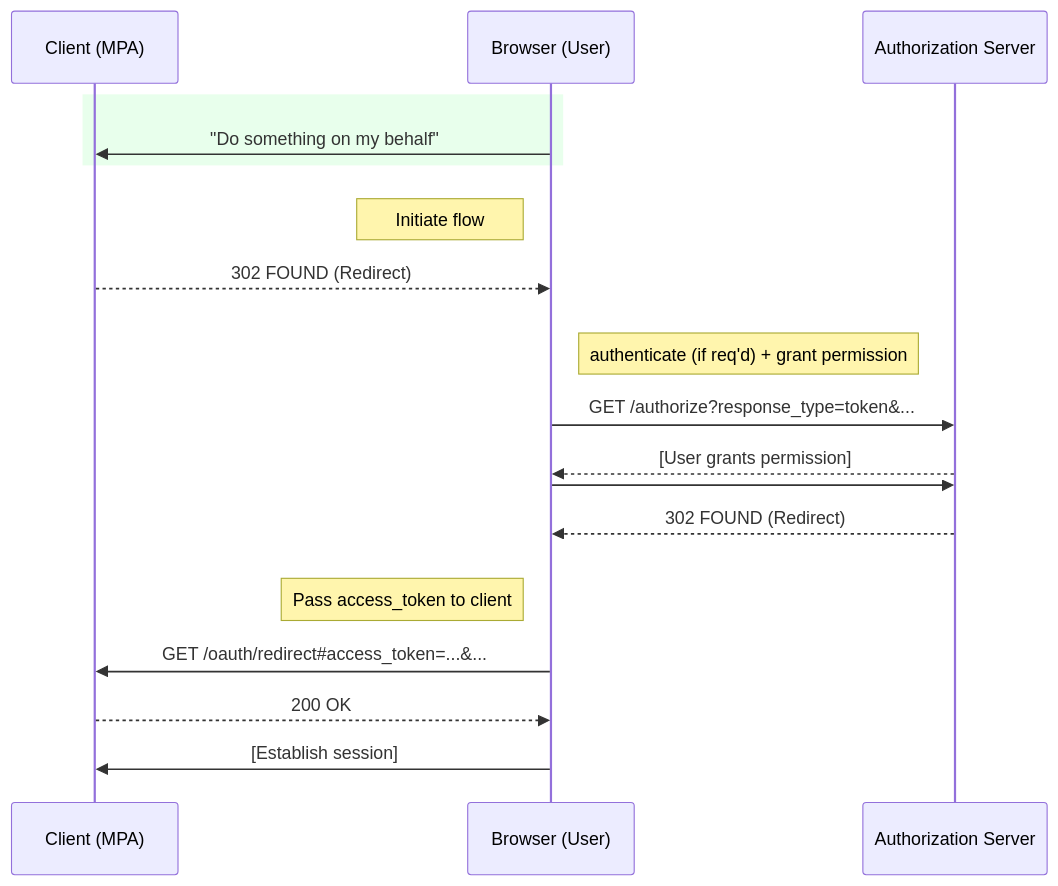
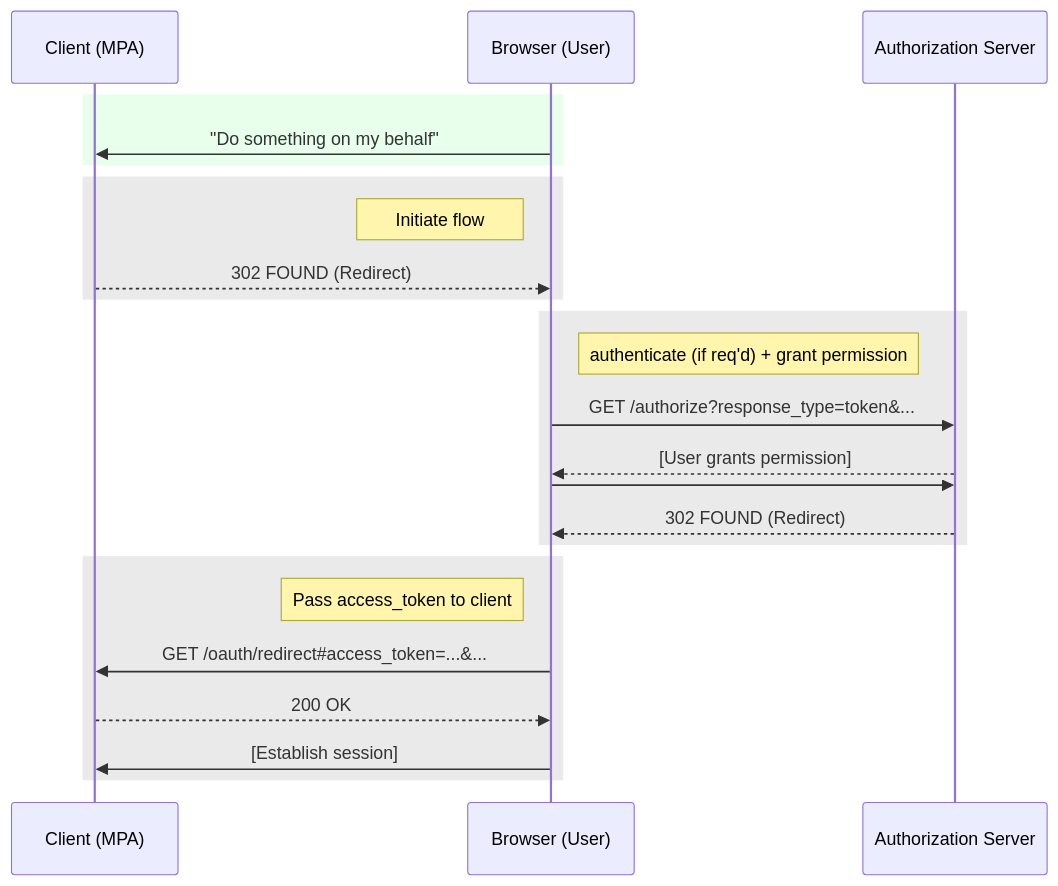
The diagram in implicit.md (andrewrosss/oauth2-flows), drawn with Mermaid before and after one commit.

Commit message:
Update implicit flow diagram

````diff
--- a/implicit.md
+++ b/implicit.md
@@ -3,65 +3,65 @@
 ```mermaid
 %% Oauth2 goal: get client an access_token (+ maybe refresh_token + maybe id_token)
 
 sequenceDiagram
   participant client as Client (MPA)
   participant browser as Browser (User) ## User-Agent + Resource Owner + Web-Hosted Client Resource
   participant authserver as Authorization Server
 
   rect rgb(140, 255, 160, 0.2)
     %% the user takes some action that requires the
     %% client to act on their behalf, and thus needing
     %% to get an access_token.
     browser ->> client: "Do something on my behalf"
   end
 
-  rect rgba(255, 255, 255, 0.2)
+  rect rgba(150, 150, 150, 0.2)
     note left of browser: Initiate flow
     %% client constructs the authorization server URI
     %% and redirects the user-agent to that URI
     %% /authorize
     %%   ?response_type=token
     %%   &client_id=...         identifies the client app to the auth server
     %%   &redirect_uri=...      the registered location to redirect the client app to after the grant decision
     %%   &scope=...             the scopes/permissions the client app is requesting
     %%   &state=...             arbitrary state that the auth server will propagate back to the redirect_uri
     client -->> browser: 302 FOUND (Redirect)
   end
 
-  rect rgba(255, 255, 255, 0.2)
+  rect rgba(150, 150, 150, 0.2)
     note right of browser: authenticate (if req'd) + grant permission
 
     %% user-agent makes the request to the authorization server
     browser ->> authserver: GET /authorize?response_type=token&...
 
     %% user decides whether to grant requested permissions
     authserver -->> browser: [User grants permission]
     browser ->> authserver: ;
 
     %% upon a decision, the auth server redirects to redirect_uri,
     %% with the access_token (and friends) in the url FRAGMENT
     %% /oauth/redirect
     %%   #access_token=...
     %%   &token_type=...
     %%   &expires_in=...
     %%   &state=...
     authserver -->> browser: 302 FOUND (Redirect)
   end
 
 
-  rect rgba(255, 255, 255, 0.2)
+  rect rgba(150, 150, 150, 0.2)
     note left of browser: Pass access_token to client
 
     %% user-agent makes the request to the client (MPA)
     %% IMPORTANT: access_token is NOT sent to the client (MPA)
     %%            because it's in the fragment
     browser ->> client: GET /oauth/redirect#35;access_token=...&...
 
     %% client responds with html + js
     client -->> browser: 200 OK
 
     %% browser-side js reads the access_token and sends it
     %% to the client to initiate a "session" for the access_token
     browser ->> client: [Establish session]
   end
 ```
````
